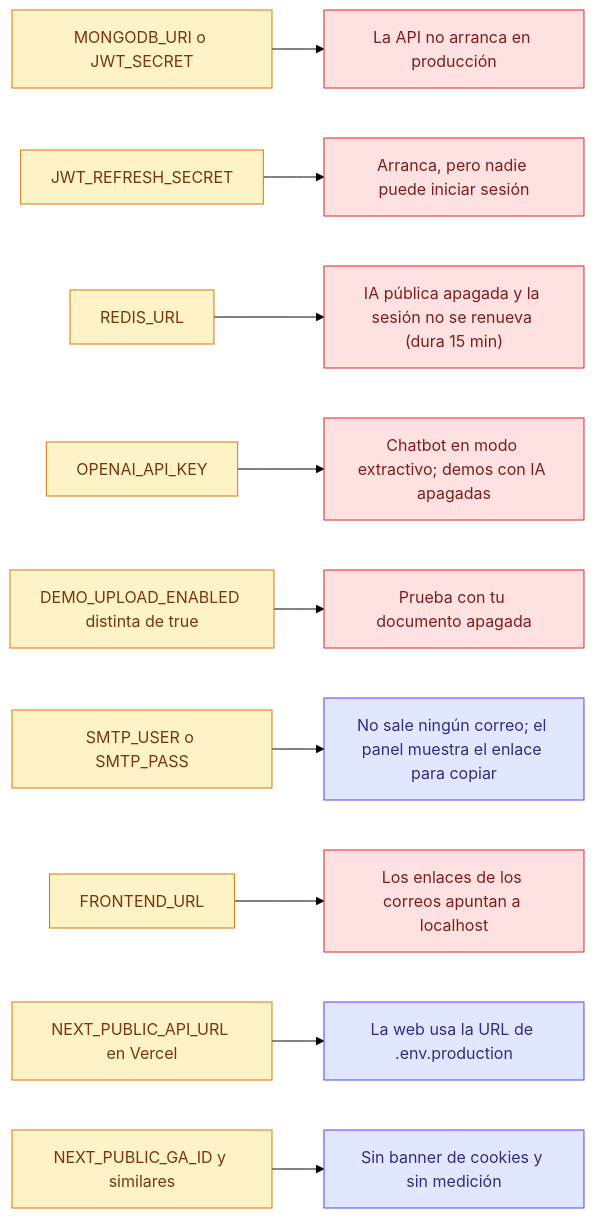
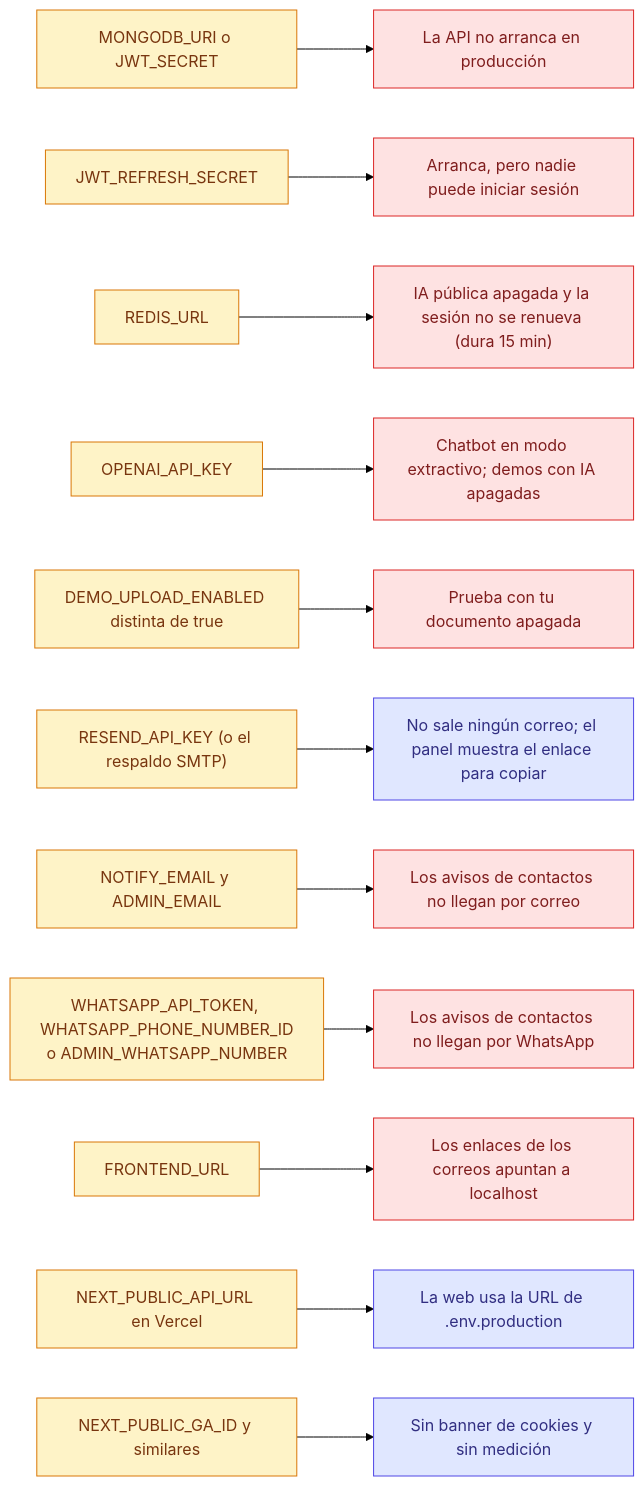
The fourth of 11 diagrams in docs/wiki/Doc-11-Operacion-y-Despliegue.md (ronalc90/koptup), drawn with Mermaid (forest theme) before and after one commit. The commit also changed other lines of this file and 45 other files, not shown here.

First line of the commit message:
docs(avisos): configuración de Resend y de la plantilla de WhatsApp, operación y wiki

````diff
--- a/docs/wiki/Doc-11-Operacion-y-Despliegue.md
+++ b/docs/wiki/Doc-11-Operacion-y-Despliegue.md
@@ -206,16 +206,18 @@
 ```mermaid
 flowchart LR
     classDef sistema fill:#e0e7ff,stroke:#4f46e5,color:#312e81
     classDef error fill:#fee2e2,stroke:#dc2626,color:#7f1d1d
     classDef admin fill:#fef3c7,stroke:#d97706,color:#78350f
 
     M["MONGODB_URI o JWT_SECRET"]:::admin --> M1["La API no arranca en producción"]:::error
     JR["JWT_REFRESH_SECRET"]:::admin --> J1["Arranca, pero nadie puede iniciar sesión"]:::error
     R["REDIS_URL"]:::admin --> R1["IA pública apagada y la sesión no se renueva (dura 15 min)"]:::error
     O["OPENAI_API_KEY"]:::admin --> O1["Chatbot en modo extractivo; demos con IA apagadas"]:::error
     D["DEMO_UPLOAD_ENABLED distinta de true"]:::admin --> D1["Prueba con tu documento apagada"]:::error
-    S["SMTP_USER o SMTP_PASS"]:::admin --> S1["No sale ningún correo; el panel muestra el enlace para copiar"]:::sistema
+    S["RESEND_API_KEY (o el respaldo SMTP)"]:::admin --> S1["No sale ningún correo; el panel muestra el enlace para copiar"]:::sistema
+    NE["NOTIFY_EMAIL y ADMIN_EMAIL"]:::admin --> NE1["Los avisos de contactos no llegan por correo"]:::error
+    WA["WHATSAPP_API_TOKEN, WHATSAPP_PHONE_NUMBER_ID<br/>o ADMIN_WHATSAPP_NUMBER"]:::admin --> WA1["Los avisos de contactos no llegan por WhatsApp"]:::error
     F["FRONTEND_URL"]:::admin --> F1["Los enlaces de los correos apuntan a localhost"]:::error
     A["NEXT_PUBLIC_API_URL en Vercel"]:::admin --> A1["La web usa la URL de .env.production"]:::sistema
     G["NEXT_PUBLIC_GA_ID y similares"]:::admin --> G1["Sin banner de cookies y sin medición"]:::sistema
 ```
````
